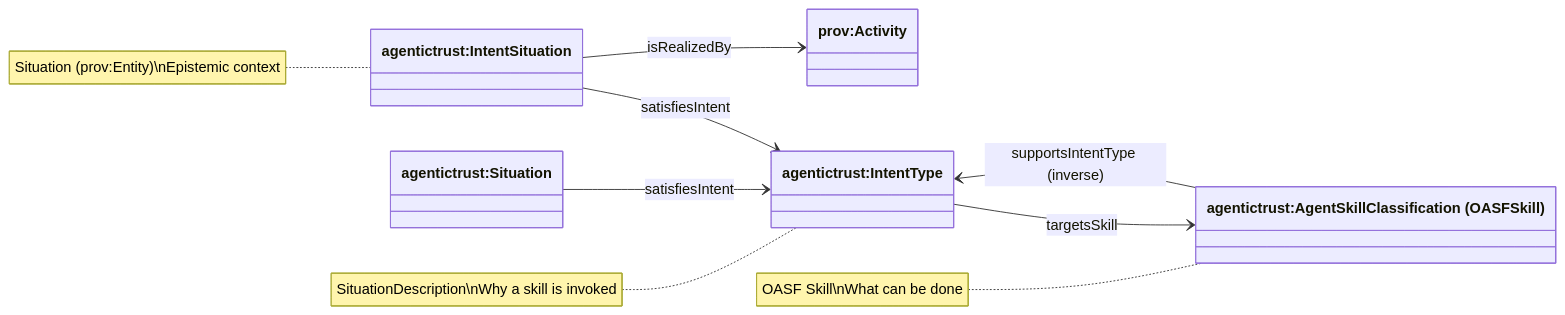
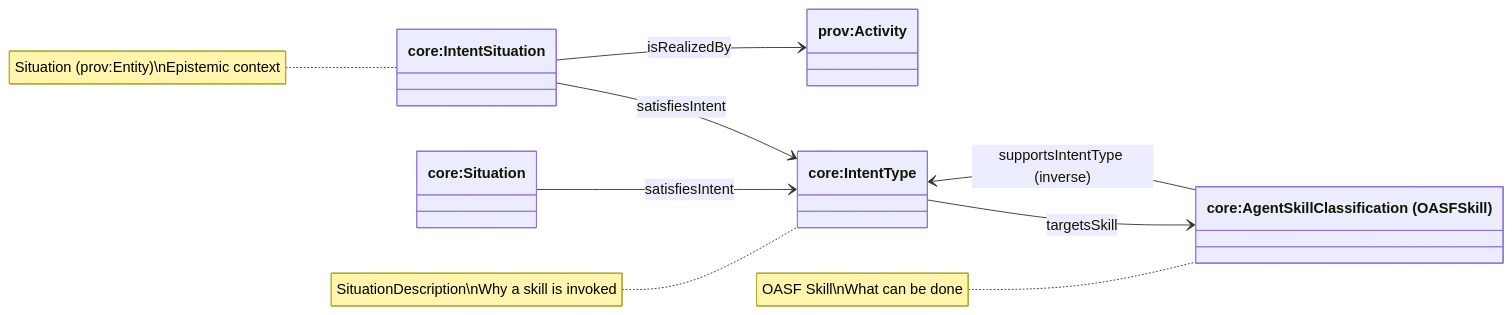
One commit to Agentic-Trust-Layer/agent-explorer changed the seventh of 7 diagrams in docs/ontology/intent.md. Above: the diagram before and after it, drawn with Mermaid. The commit also changed other lines of this file and 49 other files, not shown here.

````diff
--- a/docs/ontology/intent.md
+++ b/docs/ontology/intent.md
@@ -385,20 +385,20 @@
 ```mermaid
 classDiagram
 direction LR
 
-class IntentType["agentictrust:IntentType"]
-class Skill["agentictrust:AgentSkillClassification (OASFSkill)"]
-class IntentSituation["agentictrust:IntentSituation"]
+class IntentType["core:IntentType"]
+class Skill["core:AgentSkillClassification (OASFSkill)"]
+class IntentSituation["core:IntentSituation"]
 class Activity["prov:Activity"]
-class Situation["agentictrust:Situation"]
+class Situation["core:Situation"]
 
 IntentType --> Skill : targetsSkill
 Skill --> IntentType : supportsIntentType (inverse)
 IntentSituation --> IntentType : satisfiesIntent
 IntentSituation --> Activity : isRealizedBy
 Situation --> IntentType : satisfiesIntent
 
 note for IntentType "SituationDescription\nWhy a skill is invoked"
 note for IntentSituation "Situation (prov:Entity)\nEpistemic context"
 note for Skill "OASF Skill\nWhat can be done"
 ```
````
